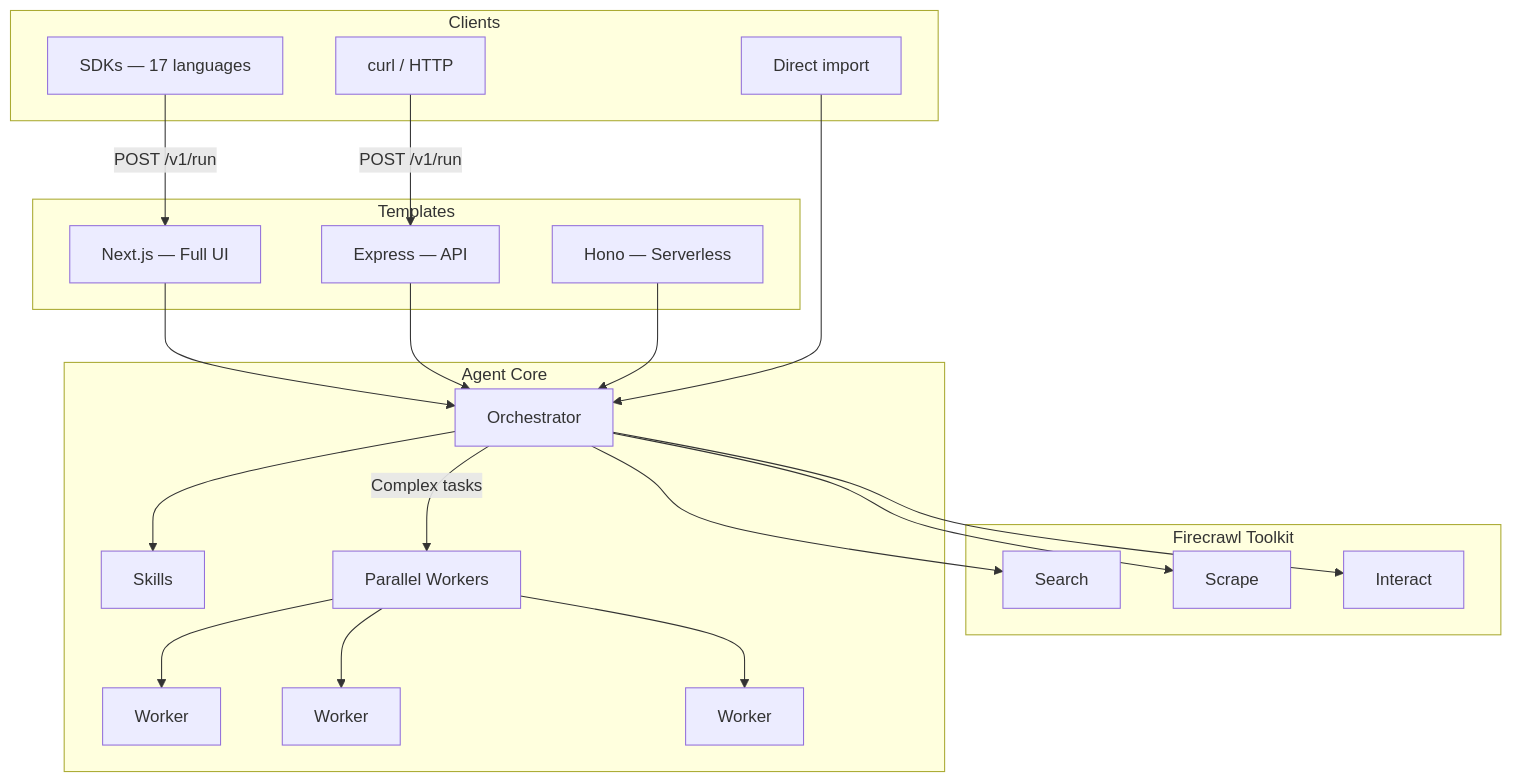
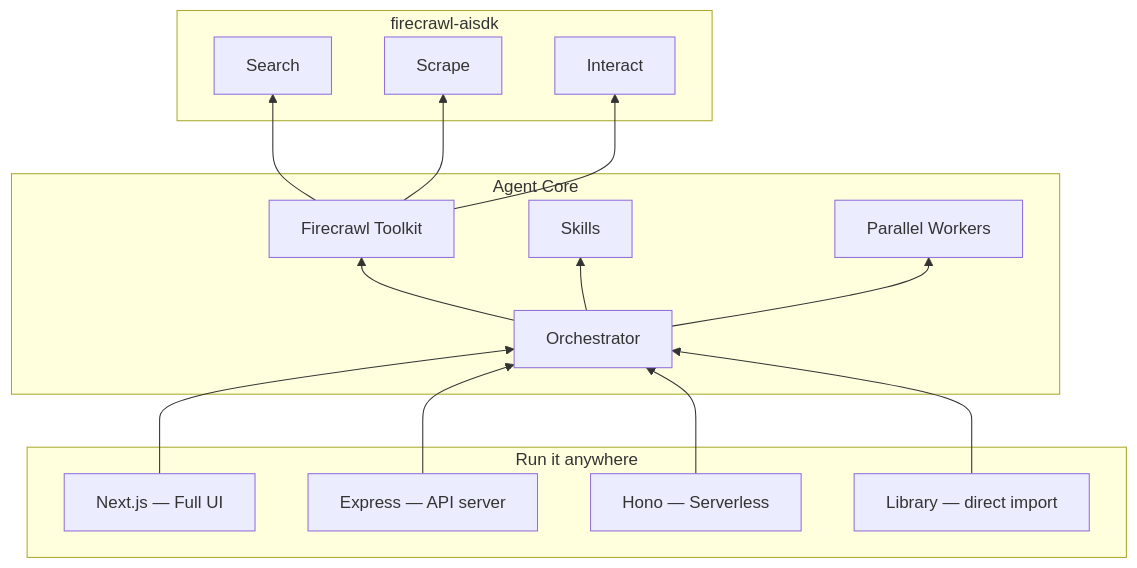
One commit to AliceBowRyhl/web-agent changed the diagram in README.md. Above: the diagram before and after it, drawn with Mermaid.

Commit message:
rework architecture diagram: layered from aisdk to agent core to runtimes

````diff
--- a/README.md
+++ b/README.md
@@ -50,40 +50,29 @@
 ```mermaid
-graph TD
-    subgraph "Firecrawl Toolkit"
+graph BT
+    subgraph "firecrawl-aisdk"
         SEARCH[Search]
         SCRAPE[Scrape]
         INTERACT[Interact]
     end
 
     subgraph "Agent Core"
-        ORC[Orchestrator]
-        ORC --> SEARCH
-        ORC --> SCRAPE
-        ORC --> INTERACT
+        TOOLKIT[Firecrawl Toolkit] --> SEARCH
+        TOOLKIT --> SCRAPE
+        TOOLKIT --> INTERACT
+        ORC[Orchestrator] --> TOOLKIT
         ORC --> SKILLS[Skills]
-        ORC -->|Complex tasks| WORKERS[Parallel Workers]
-        WORKERS --> W1[Worker]
-        WORKERS --> W2[Worker]
-        WORKERS --> W3[Worker]
+        ORC --> WORKERS[Parallel Workers]
     end
 
-    subgraph "Templates"
+    subgraph "Run it anywhere"
         NEXT["Next.js — Full UI"]
-        EXPRESS["Express — API"]
+        EXPRESS["Express — API server"]
         HONO["Hono — Serverless"]
+        LIB["Library — direct import"]
     end
 
     NEXT --> ORC
     EXPRESS --> ORC
     HONO --> ORC
-
-    subgraph "Clients"
-        SDK["SDKs — 17 languages"]
-        CURL["curl / HTTP"]
-        LIB["Direct import"]
-    end
-
-    SDK -->|"POST /v1/run"| NEXT
-    CURL -->|"POST /v1/run"| EXPRESS
     LIB --> ORC
 ```
````
